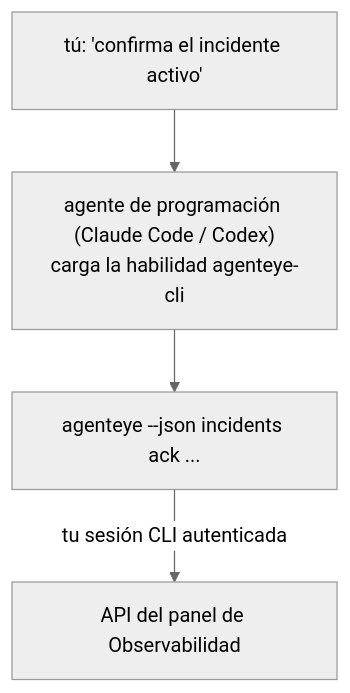
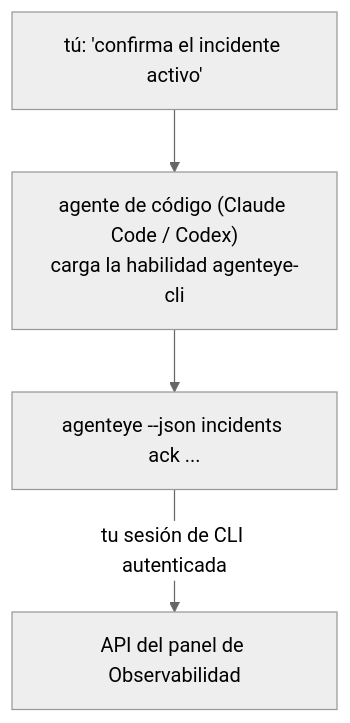
Before and after one commit to FailproofAI/failproofai: the diagram in docs/es/agenteye/cli-skill.mdx, drawn with Mermaid (neutral theme). The commit also changed other lines of this file and 651 other files, not shown here.

````diff
--- a/docs/es/agenteye/cli-skill.mdx
+++ b/docs/es/agenteye/cli-skill.mdx
@@ -28,6 +28,6 @@
 ```mermaid
 flowchart TD
-    YOU["tú: 'confirma el incidente activo'"] --> AGENT["agente de programación (Claude Code / Codex)<br/>carga la habilidad agenteye-cli"]
+    YOU["tú: 'confirma el incidente activo'"] --> AGENT["agente de código (Claude Code / Codex)<br/>carga la habilidad agenteye-cli"]
     AGENT --> CLI["agenteye --json incidents ack ..."]
-    CLI -->|tu sesión CLI autenticada| API["API del panel de Observabilidad"]
+    CLI -->|tu sesión de CLI autenticada| API["API del panel de Observabilidad"]
 ```
````
